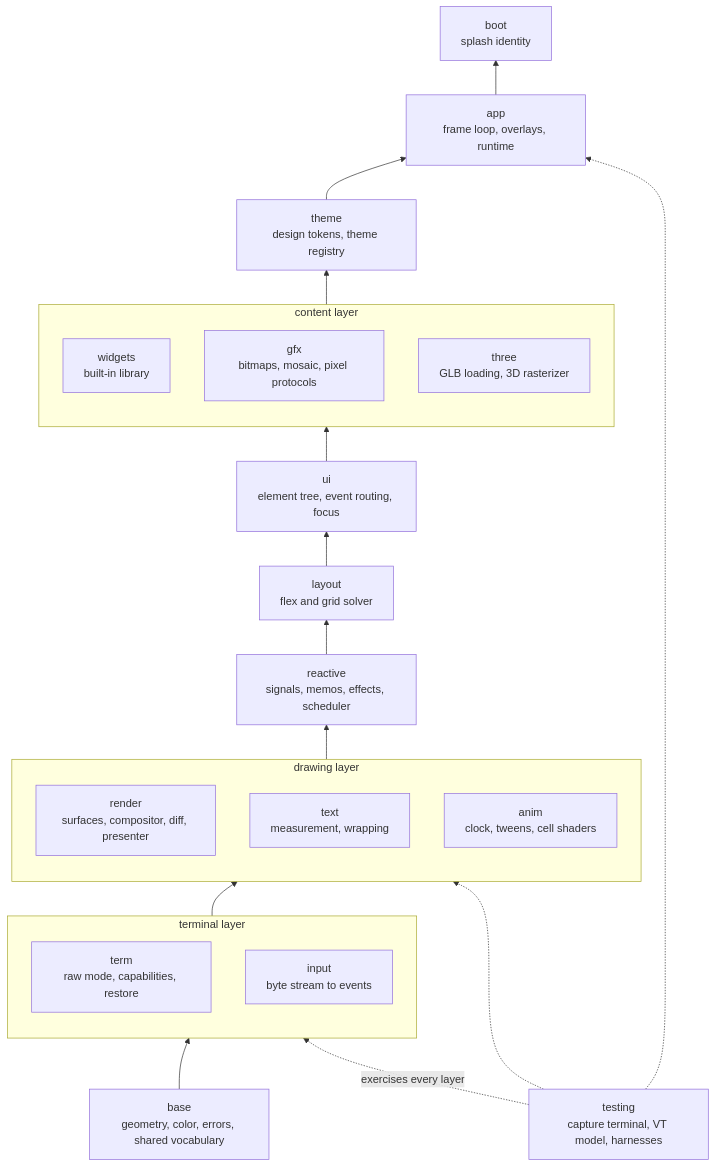
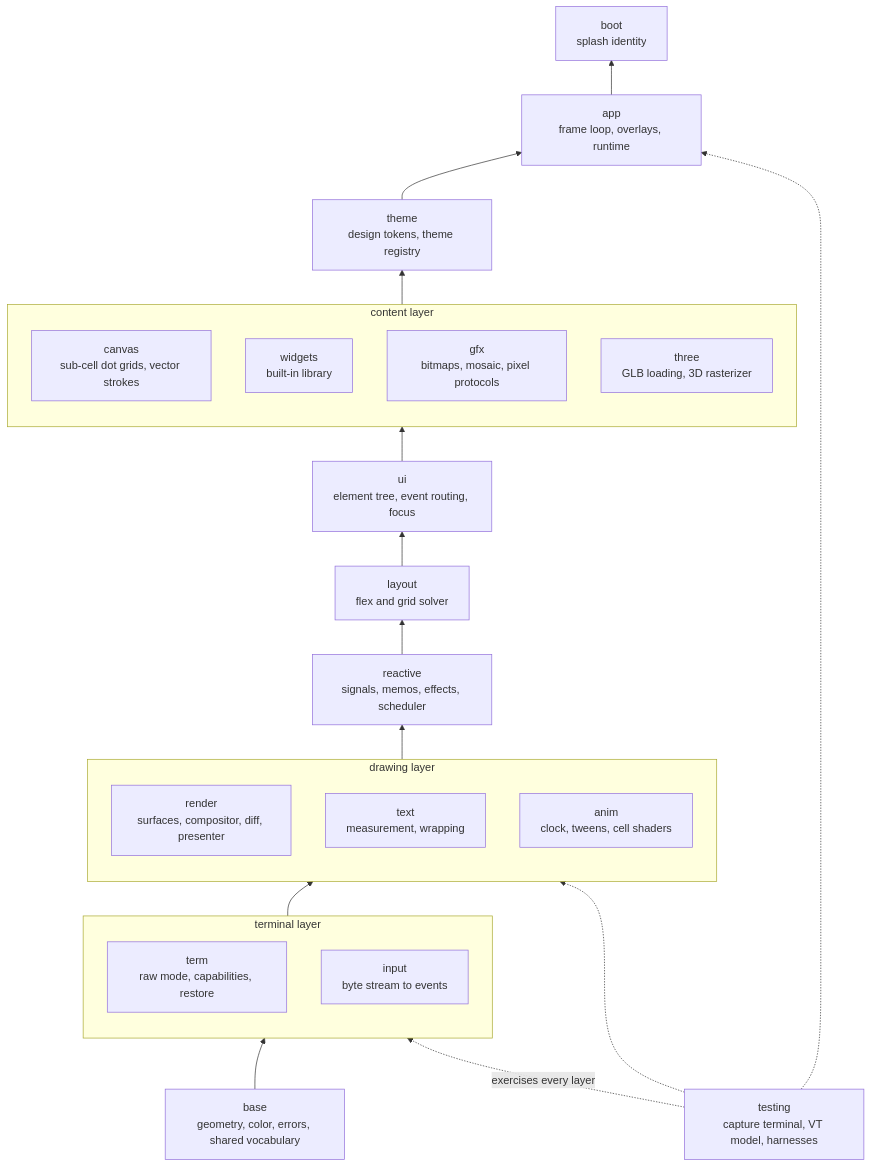
One commit to lpalbou/AbstractTUI changed the first of 2 diagrams in docs/architecture.md. Above: the diagram before and after it, drawn with Mermaid. The commit also changed 97 other files, not shown here.

````diff
--- a/docs/architecture.md
+++ b/docs/architecture.md
@@ -24,44 +24,45 @@
 ```mermaid
 graph BT
     base["base<br/>geometry, color, errors, shared vocabulary"]
 
     subgraph terminal["terminal layer"]
         term["term<br/>raw mode, capabilities, restore"]
         input["input<br/>byte stream to events"]
     end
 
     subgraph drawing["drawing layer"]
         render["render<br/>surfaces, compositor, diff, presenter"]
         text["text<br/>measurement, wrapping"]
         anim["anim<br/>clock, tweens, cell shaders"]
     end
 
     reactive["reactive<br/>signals, memos, effects, scheduler"]
     layout["layout<br/>flex and grid solver"]
     ui["ui<br/>element tree, event routing, focus"]
 
     subgraph content["content layer"]
+        canvas["canvas<br/>sub-cell dot grids, vector strokes"]
         widgets["widgets<br/>built-in library"]
         gfx["gfx<br/>bitmaps, mosaic, pixel protocols"]
         three["three<br/>GLB loading, 3D rasterizer"]
     end
 
     theme["theme<br/>design tokens, theme registry"]
     app["app<br/>frame loop, overlays, runtime"]
     boot["boot<br/>splash identity"]
 
     testing["testing<br/>capture terminal, VT model, harnesses"]
 
     base --> terminal
     terminal --> drawing
     drawing --> reactive
     reactive --> layout
     layout --> ui
     ui --> content
     content --> theme
     theme --> app
     app --> boot
     testing -. exercises every layer .-> terminal
     testing -.-> drawing
     testing -.-> app
 ```
````
